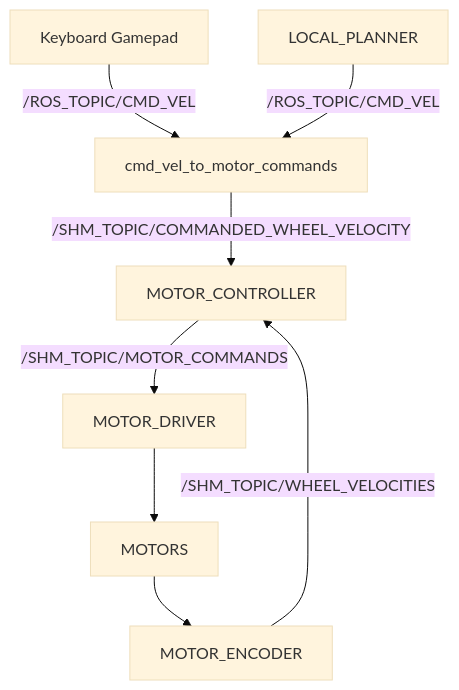
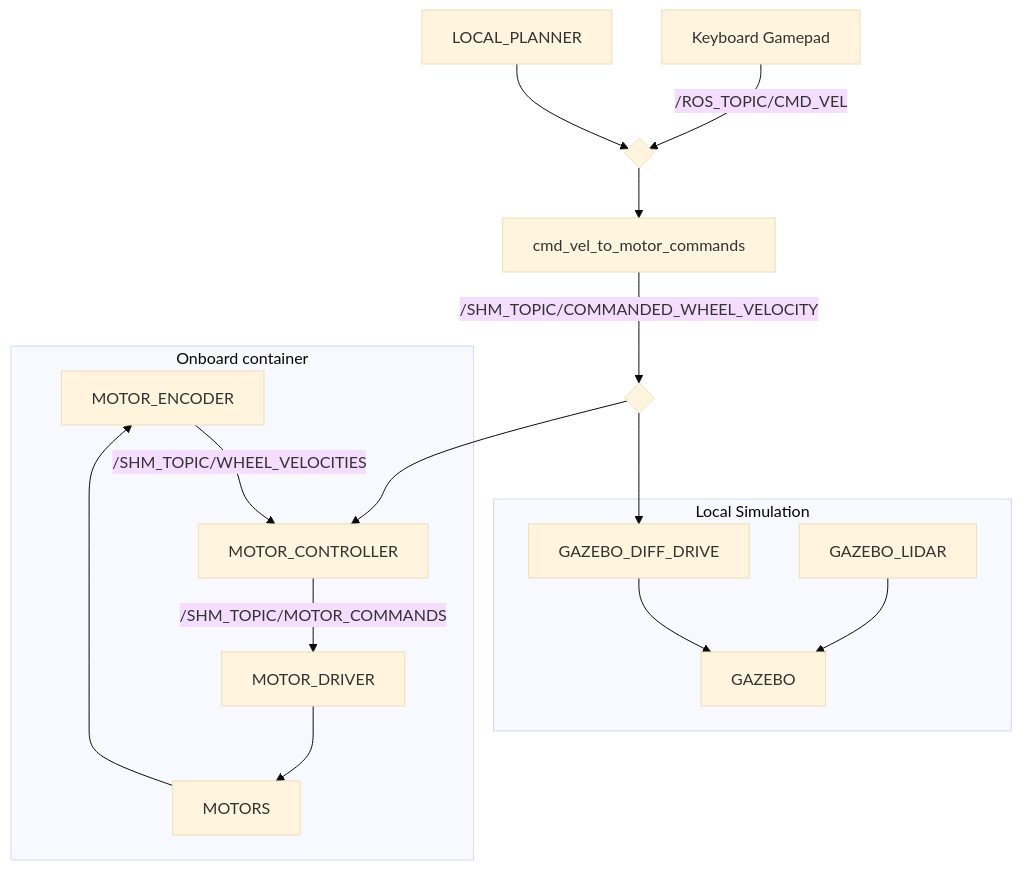
Before and after one commit to RicoJia/The-Dream-Robot: the diagram in src/dream_mobile_platform/README.md, drawn with Mermaid (base theme). The commit also changed 1 other file, not shown here.

Commit message:
mermaid update

````diff
--- a/src/dream_mobile_platform/README.md
+++ b/src/dream_mobile_platform/README.md
@@ -27,7 +27,25 @@
 ```mermaid
 graph TB
+    subgraph "Onboard container"
+        D
+        B
+        A
+        C
+    end 
+
+    subgraph "Local Simulation"
+        GAZEBO
+        GAZEBO_DIFF_DRIVE
+        GAZEBO_LIDAR
+    end 
+
 A["MOTOR_CONTROLLER"] -->|/SHM_TOPIC/MOTOR_COMMANDS| B["MOTOR_DRIVER"] --> C["MOTORS"] --> D["MOTOR_ENCODER"] --> |/SHM_TOPIC/WHEEL_VELOCITIES|A
 
-F["Keyboard Gamepad"] -->|/ROS_TOPIC/CMD_VEL| G["cmd_vel_to_motor_commands"] -->|/SHM_TOPIC/COMMANDED_WHEEL_VELOCITY| A
-H["LOCAL_PLANNER"] -->|/ROS_TOPIC/CMD_VEL| G["cmd_vel_to_motor_commands"]
+F["Keyboard Gamepad"] -->|/ROS_TOPIC/CMD_VEL|CONNECTOR_CMD_VEL_NODE{ } --> G["cmd_vel_to_motor_commands"] -->|/SHM_TOPIC/COMMANDED_WHEEL_VELOCITY| CONNECTOR_WHEEL_VEL_NODE{ }
+
+CONNECTOR_WHEEL_VEL_NODE --> A
+CONNECTOR_WHEEL_VEL_NODE--> GAZEBO_DIFF_DRIVE --> GAZEBO
+GAZEBO_LIDAR --> GAZEBO
+
+H["LOCAL_PLANNER"] -->CONNECTOR_CMD_VEL_NODE
 ```
````
